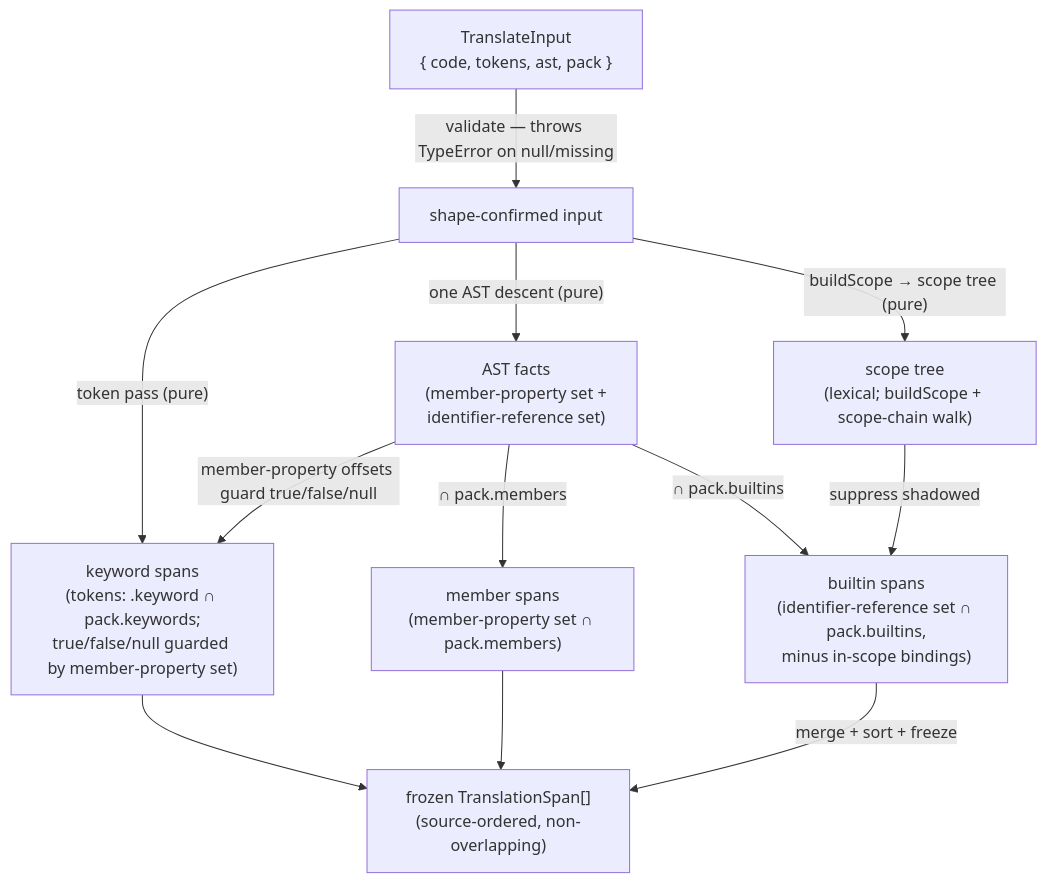
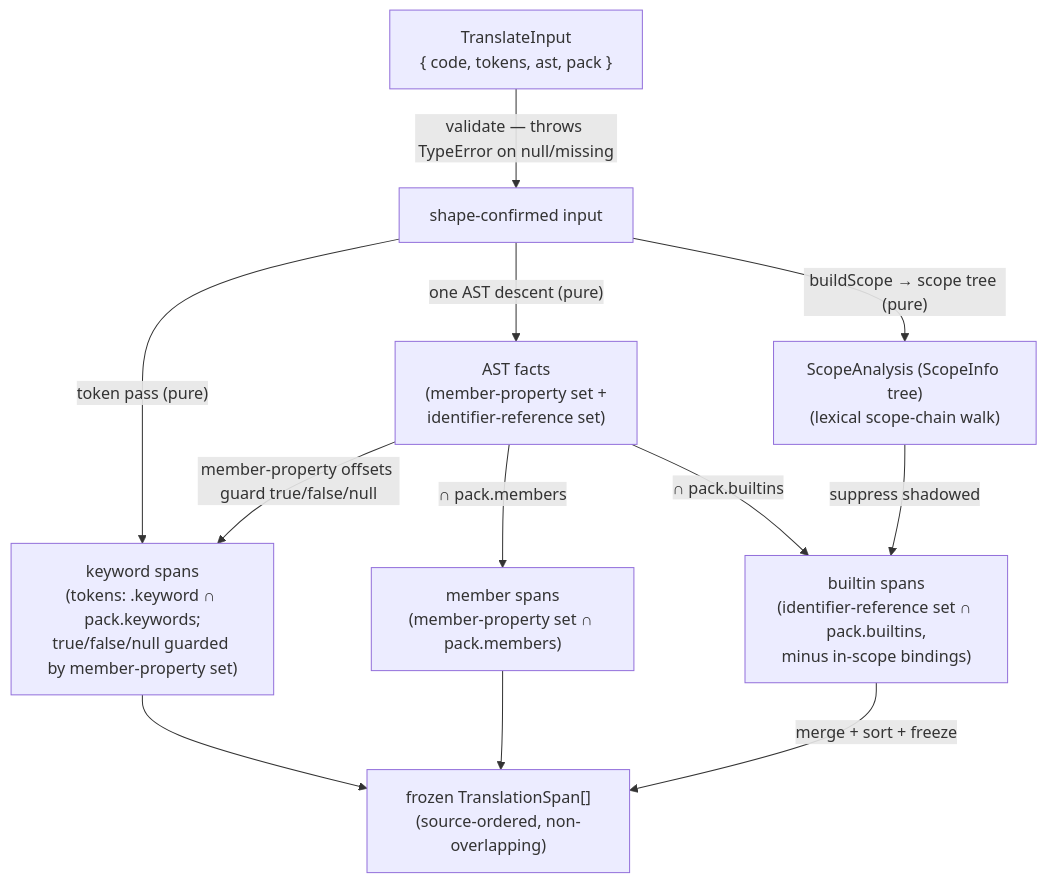
The first of 2 diagrams in src/lib/study-lenses/lib/translating/DOCS.md (codeschoolinabox/curricula), drawn with Mermaid before and after one commit. The commit also changed other lines of this file and 1 other file, not shown here.

Commit message:
docs: correct registry status + private scope-helper reuse (handoff validation)

````diff
--- a/src/lib/study-lenses/lib/translating/DOCS.md
+++ b/src/lib/study-lenses/lib/translating/DOCS.md
@@ -87,23 +88,23 @@
 ```mermaid
 flowchart TD
     In["TranslateInput<br/>{ code, tokens, ast, pack }"]
     Shaped["shape-confirmed input"]
     Facts["AST facts<br/>(member-property set +<br/>identifier-reference set)"]
-    Decls["scope tree<br/>(lexical; buildScope + scope-chain walk)"]
+    Decls["ScopeAnalysis (ScopeInfo tree)<br/>(lexical scope-chain walk)"]
     KW["keyword spans<br/>(tokens: .keyword ∩ pack.keywords;<br/>true/false/null guarded by member-property set)"]
     Mem["member spans<br/>(member-property set ∩ pack.members)"]
     Bi["builtin spans<br/>(identifier-reference set ∩ pack.builtins,<br/>minus in-scope bindings)"]
     Out["frozen TranslationSpan[]<br/>(source-ordered, non-overlapping)"]
 
     In -->|"validate — throws TypeError on null/missing"| Shaped
     Shaped -->|"one AST descent (pure)"| Facts
     Shaped -->|"buildScope → scope tree (pure)"| Decls
     Shaped -->|"token pass (pure)"| KW
     Facts -->|"member-property offsets guard true/false/null"| KW
     Facts -->|"∩ pack.members"| Mem
     Facts -->|"∩ pack.builtins"| Bi
     Decls -->|"suppress shadowed"| Bi
     KW --> Out
     Mem --> Out
     Bi -->|"merge + sort + freeze"| Out
 ```
````
